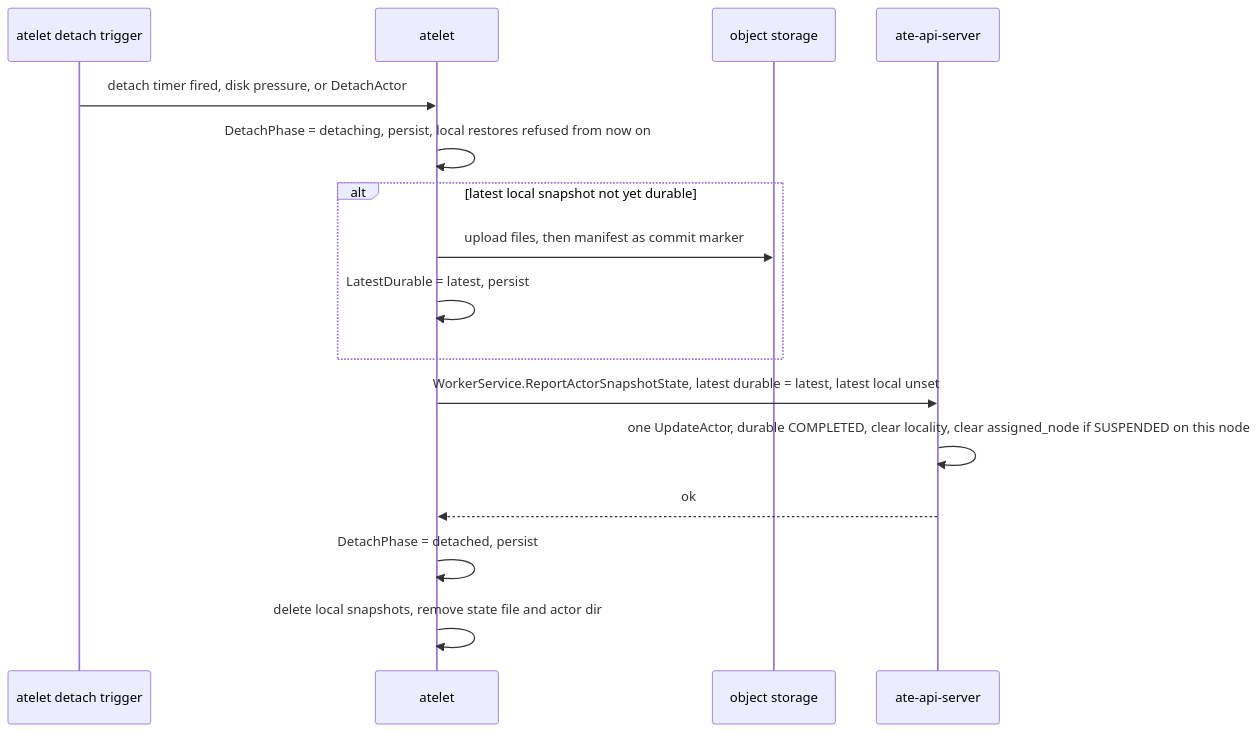
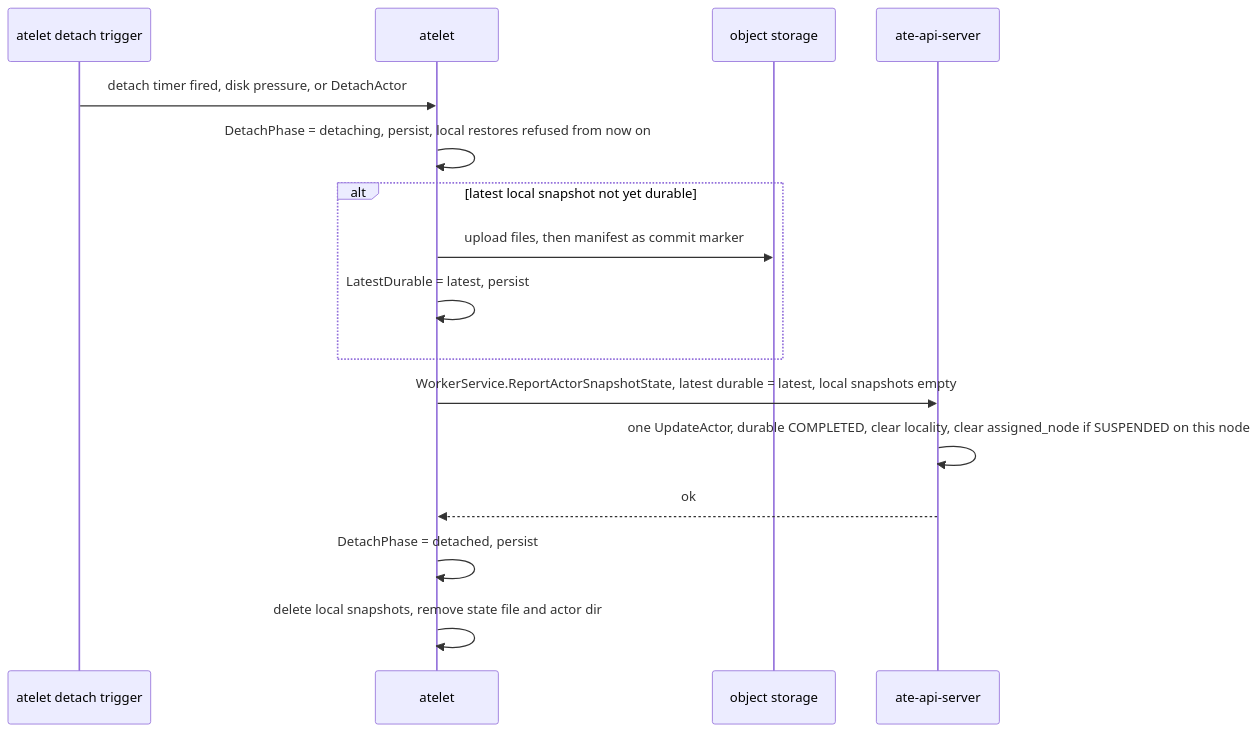
The second of 3 diagrams in docs/dev/async-suspend-en.md (zoez7/substrate), drawn with Mermaid before and after one commit. The commit also changed other lines of this file, not shown here.

First line of the commit message:
docs: share Snapshot and ObjectStorage across the async suspend atelet API

````diff
--- a/docs/dev/async-suspend-en.md
+++ b/docs/dev/async-suspend-en.md
@@ -233,19 +266,19 @@
 ```mermaid
 sequenceDiagram
     participant T as atelet detach trigger
     participant L as atelet
     participant O as object storage
     participant A as ate-api-server
 
     T->>L: detach timer fired, disk pressure, or DetachActor
     L->>L: DetachPhase = detaching, persist, local restores refused from now on
     alt latest local snapshot not yet durable
         L->>O: upload files, then manifest as commit marker
         L->>L: LatestDurable = latest, persist
     end
-    L->>A: WorkerService.ReportActorSnapshotState, latest durable = latest, latest local unset
+    L->>A: WorkerService.ReportActorSnapshotState, latest durable = latest, local snapshots empty
     A->>A: one UpdateActor, durable COMPLETED, clear locality, clear assigned_node if SUSPENDED on this node
     A-->>L: ok
     L->>L: DetachPhase = detached, persist
     L->>L: delete local snapshots, remove state file and actor dir
 ```
````
